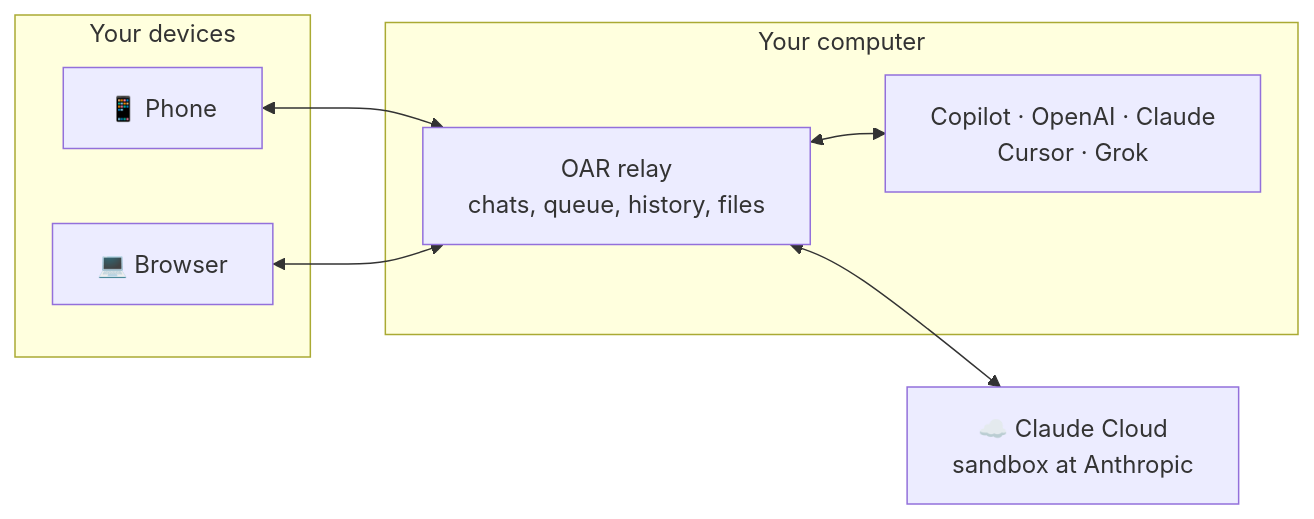
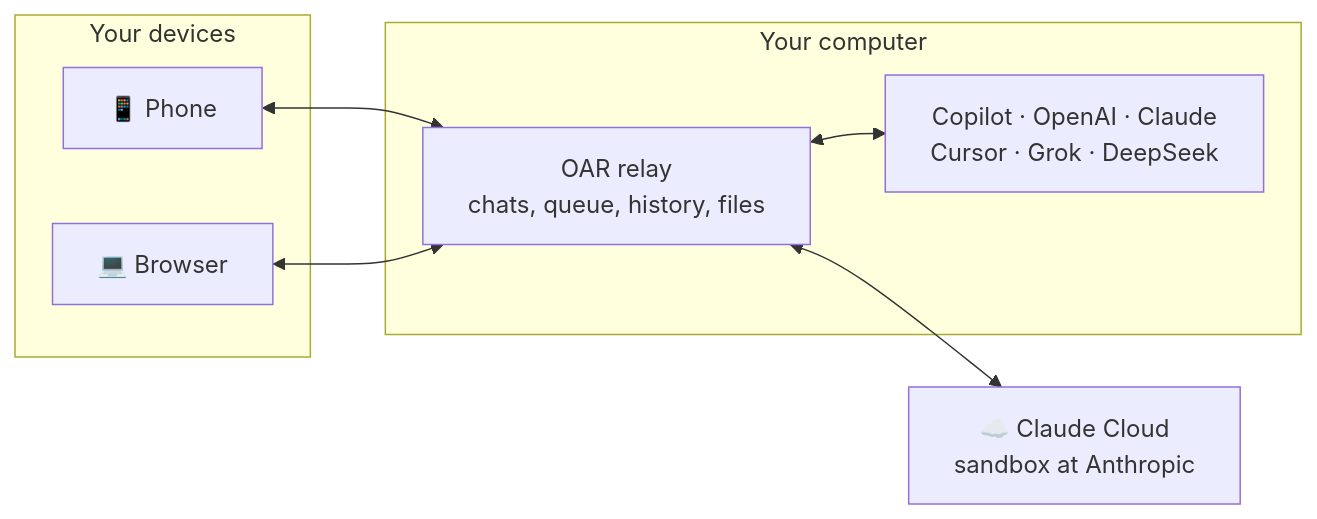
One commit to oar-sh/oar changed the first of 3 diagrams in README.md. Above: the diagram before and after it, drawn with Mermaid. The commit also changed other lines of this file and 166 other files, not shown here.

````diff
--- a/README.md
+++ b/README.md
@@ -22,16 +22,16 @@
 ```mermaid
 flowchart LR
   subgraph devices["Your devices"]
     phone["📱 Phone"]
     browser["💻 Browser"]
   end
   subgraph host["Your computer"]
     relay["OAR relay<br/>chats, queue, history, files"]
-    agents["Copilot · OpenAI · Claude<br/>Cursor · Grok"]
+    agents["Copilot · OpenAI · Claude<br/>Cursor · Grok · DeepSeek"]
   end
   cloud["☁️ Claude Cloud<br/>sandbox at Anthropic"]
   phone <--> relay
   browser <--> relay
   relay <--> agents
   relay <--> cloud
 ```
````
